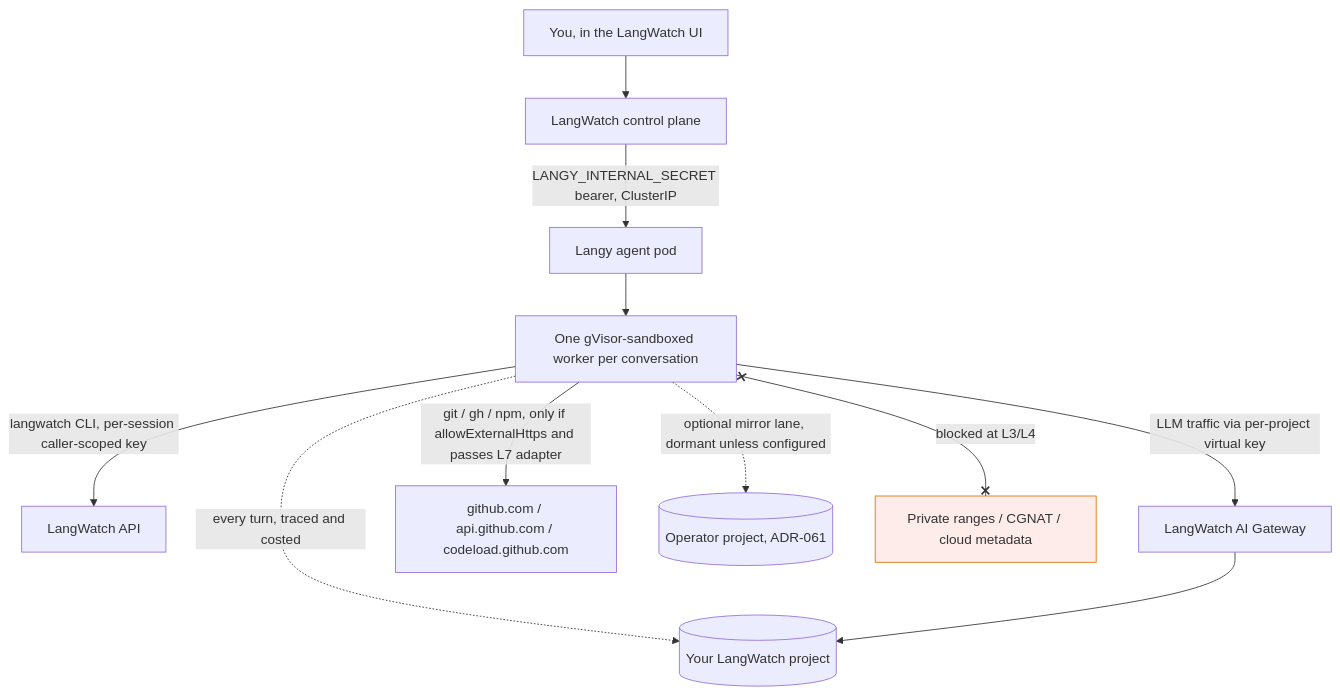
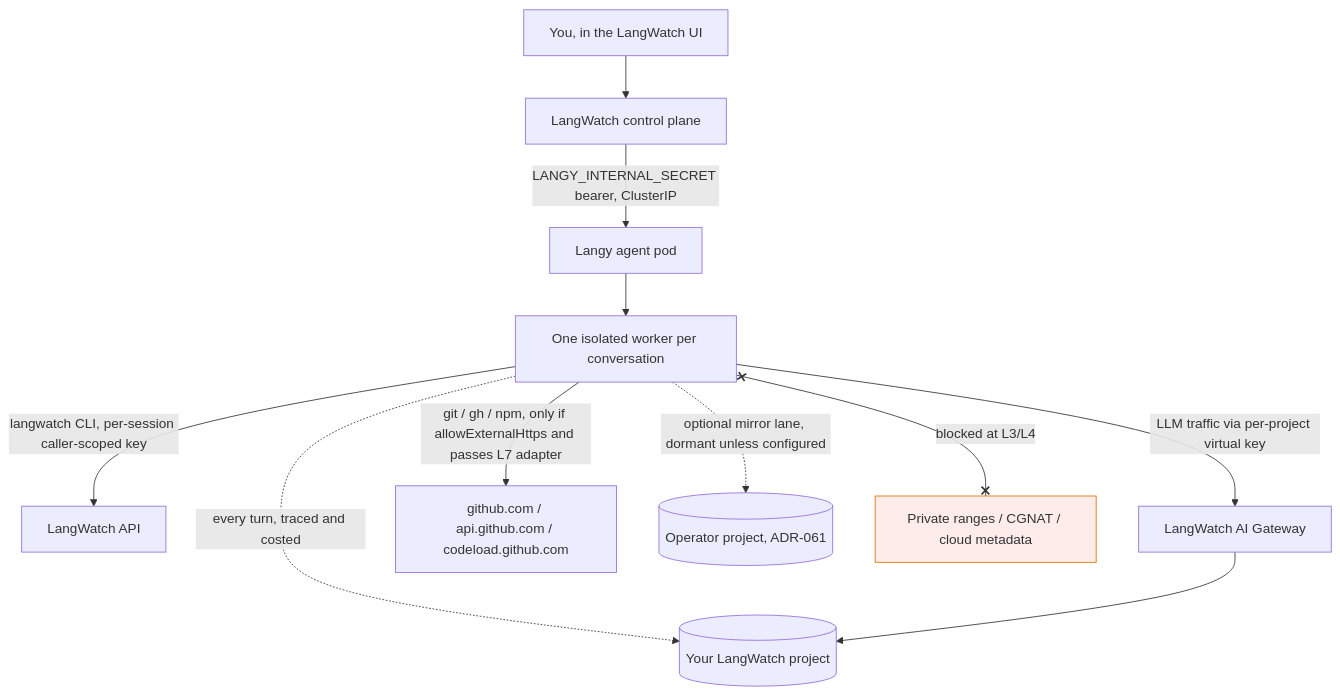
Before and after one commit to langwatch/langwatch: the diagram in docs/langy/security/data-flow-and-privacy.mdx, drawn with Mermaid. The commit also changed 38 other files, not shown here.

````diff
--- a/docs/langy/security/data-flow-and-privacy.mdx
+++ b/docs/langy/security/data-flow-and-privacy.mdx
@@ -18,20 +18,20 @@
 ```mermaid
 flowchart TD
     U[You, in the LangWatch UI] --> CP[LangWatch control plane]
     CP -->|LANGY_INTERNAL_SECRET bearer, ClusterIP| AG[Langy agent pod]
-    AG --> W[One gVisor-sandboxed worker per conversation]
+    AG --> W[One isolated worker per conversation]
 
     W -->|langwatch CLI, per-session caller-scoped key| API[LangWatch API]
     W -->|LLM traffic via per-project virtual key| GW[LangWatch AI Gateway]
     W -->|git / gh / npm, only if allowExternalHttps and passes L7 adapter| EXT[github.com / api.github.com / codeload.github.com]
 
     W -.->|every turn, traced and costed| TR[(Your LangWatch project)]
     GW --> TR
 
     W -.->|optional mirror lane, dormant unless configured| MR[(Operator project, ADR-061)]
 
     W x--x|blocked at L3/L4| MD[Private ranges / CGNAT / cloud metadata]
 
     classDef blocked fill:#fdecea,stroke:#e17100;
     class MD blocked;
 ```
````
